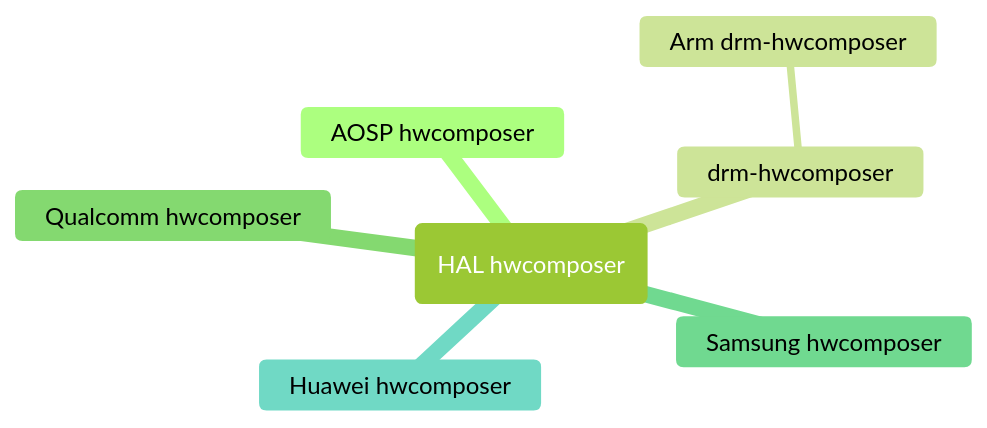
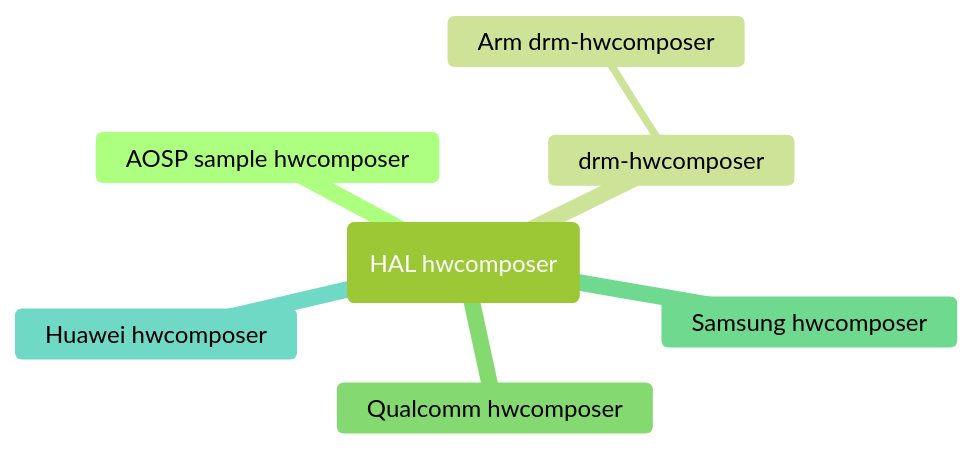
Before and after one commit to lucmann/lucmann.github.io: the second of 2 diagrams in source/_posts/gfx/hal.md, drawn with Mermaid (forest theme).

Commit message:
gfx: sample hwcomposer
https://android.googlesource.com/platform/hardware/libhardware/+/refs/heads/main/modules/hwcomposer/
is simply a sample/demo for hwcomposer module

````diff
--- a/source/_posts/gfx/hal.md
+++ b/source/_posts/gfx/hal.md
@@ -58,10 +58,10 @@
 ```mermaid
 mindmap
   root(HAL hwcomposer)
-    AOSP hwcomposer
+    AOSP sample hwcomposer
     drm-hwcomposer
       Arm drm-hwcomposer
     Qualcomm hwcomposer
     Samsung hwcomposer
     Huawei hwcomposer
 ```
````
